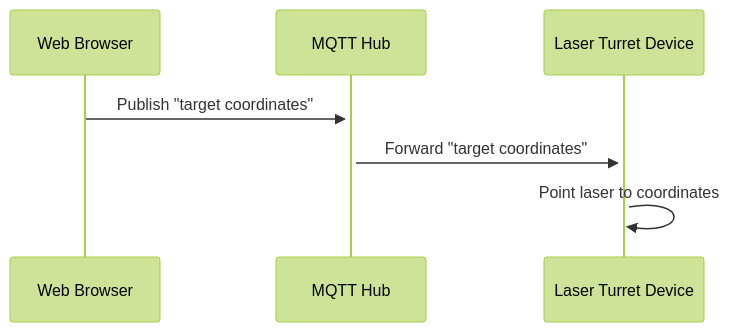
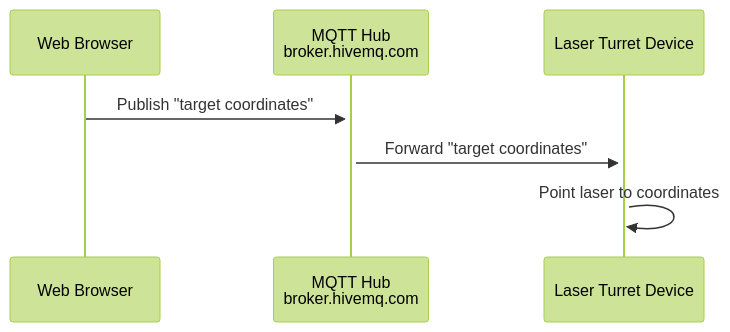
One commit to mampersat/laser-pointer changed the first of 2 diagrams in README.md. Above: the diagram before and after it, drawn with Mermaid (forest theme). The commit also changed other lines of this file and 1 other file, not shown here.

````diff
--- a/README.md
+++ b/README.md
@@ -5,12 +12,12 @@
 ```mermaid
 sequenceDiagram
     participant Browser as Web Browser
-    participant Hub as MQTT Hub
+    participant Hub as MQTT Hub <br> broker.hivemq.com
     participant Turret as Laser Turret Device
 
     Browser->>+Hub: Publish "target coordinates"
 
     Hub->>+Turret: Forward "target coordinates"
 
     Turret->>+Turret: Point laser to coordinates
 ```    
````
